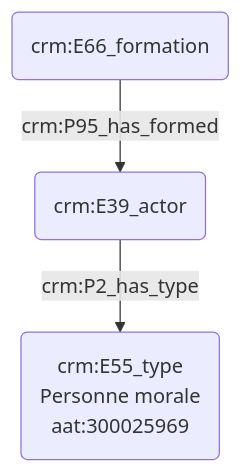
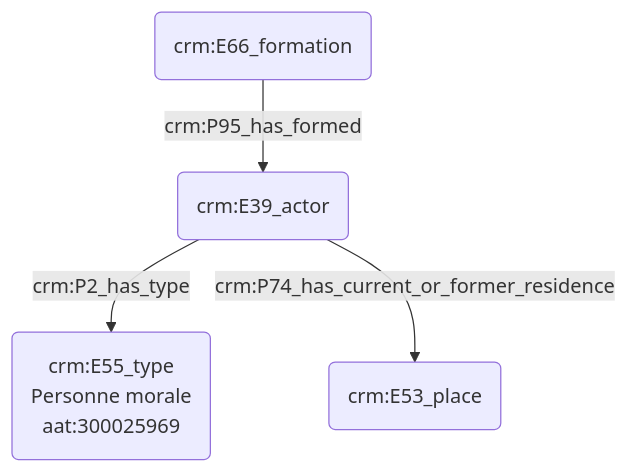
Before and after one commit to Amleth/consortium-musica2-gt2-ontologies: the diagram in modules/livrables/Dossier 2/Indexation conceptuelle/désignation d'une personne morale.md, drawn with Mermaid.

Commit message:
Update désignation d'une personne morale.md

````diff
--- a/modules/livrables/Dossier 2/Indexation conceptuelle/désignation d'une personne morale.md
+++ b/modules/livrables/Dossier 2/Indexation conceptuelle/désignation d'une personne morale.md
@@ -11,7 +11,8 @@
 ```mermaid
 graph TD;
 
 A(crm:E39_actor) --> |crm:P2_has_type| B(crm:E55_type<br>Personne morale<br>aat:300025969)
 C(crm:E66_formation) --> |crm:P95_has_formed| A(crm:E39_actor)
+A(crm:E39_actor) -->|crm:P74_has_current_or_former_residence| D(crm:E53_place)
 
 ```
````
